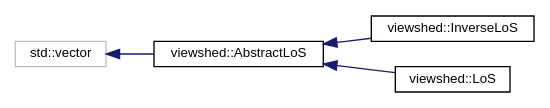
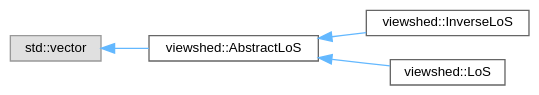
The diagram in inherit_graph_0.dot (JanCaha/cpp-viewshed-library), drawn with Graphviz before and after one commit. The commit also changed 320 other files, not shown here.

```diff
--- a/inherit_graph_0.dot
+++ b/inherit_graph_0.dot
@@ -1,14 +1,15 @@
 digraph "Graphical Class Hierarchy"
 {
  // LATEX_PDF_SIZE
-  edge [fontname="Helvetica",fontsize="10",labelfontname="Helvetica",labelfontsize="10"];
-  node [fontname="Helvetica",fontsize="10",shape=record];
+  bgcolor="transparent";
+  edge [fontname=Helvetica,fontsize=10,labelfontname=Helvetica,labelfontsize=10];
+  node [fontname=Helvetica,fontsize=10,shape=box,height=0.2,width=0.4];
   rankdir="LR";
-  Node27 [label="std::vector",height=0.2,width=0.4,color="grey75", fillcolor="white", style="filled",tooltip=" "];
-  Node27 -> Node0 [dir="back",color="midnightblue",fontsize="10",style="solid",fontname="Helvetica"];
-  Node0 [label="viewshed::AbstractLoS",height=0.2,width=0.4,color="black", fillcolor="white", style="filled",URL="$classviewshed_1_1AbstractLoS.html",tooltip="Abstract class that represent line-of-sight (LoS). Consists of LoSNodes, view point and target point ..."];
-  Node0 -> Node1 [dir="back",color="midnightblue",fontsize="10",style="solid",fontname="Helvetica"];
-  Node1 [label="viewshed::InverseLoS",height=0.2,width=0.4,color="black", fillcolor="white", style="filled",URL="$classviewshed_1_1InverseLoS.html",tooltip="Class that represents InverseLoS, that is LoS used in Inverse Viewshed calculation."];
-  Node0 -> Node2 [dir="back",color="midnightblue",fontsize="10",style="solid",fontname="Helvetica"];
-  Node2 [label="viewshed::LoS",height=0.2,width=0.4,color="black", fillcolor="white", style="filled",URL="$classviewshed_1_1LoS.html",tooltip="Class that represents LoS for classic Viewshed calculation."];
+  Node0 [id="Node000000",label="std::vector",height=0.2,width=0.4,color="grey60", fillcolor="#E0E0E0", style="filled",tooltip=" "];
+  Node0 -> Node1 [id="edge1_Node000000_Node000001",dir="back",color="steelblue1",style="solid",tooltip=" "];
+  Node1 [id="Node000001",label="viewshed::AbstractLoS",height=0.2,width=0.4,color="grey40", fillcolor="white", style="filled",URL="$classviewshed_1_1AbstractLoS.html",tooltip="Abstract class that represent line-of-sight (LoS). Consists of LoSNodes, view point and target point ..."];
+  Node1 -> Node2 [id="edge2_Node000001_Node000002",dir="back",color="steelblue1",style="solid",tooltip=" "];
+  Node2 [id="Node000002",label="viewshed::InverseLoS",height=0.2,width=0.4,color="grey40", fillcolor="white", style="filled",URL="$classviewshed_1_1InverseLoS.html",tooltip="Class that represents InverseLoS, that is LoS used in Inverse Viewshed calculation."];
+  Node1 -> Node3 [id="edge3_Node000001_Node000003",dir="back",color="steelblue1",style="solid",tooltip=" "];
+  Node3 [id="Node000003",label="viewshed::LoS",height=0.2,width=0.4,color="grey40", fillcolor="white", style="filled",URL="$classviewshed_1_1LoS.html",tooltip="Class that represents LoS for classic Viewshed calculation."];
 }
```
